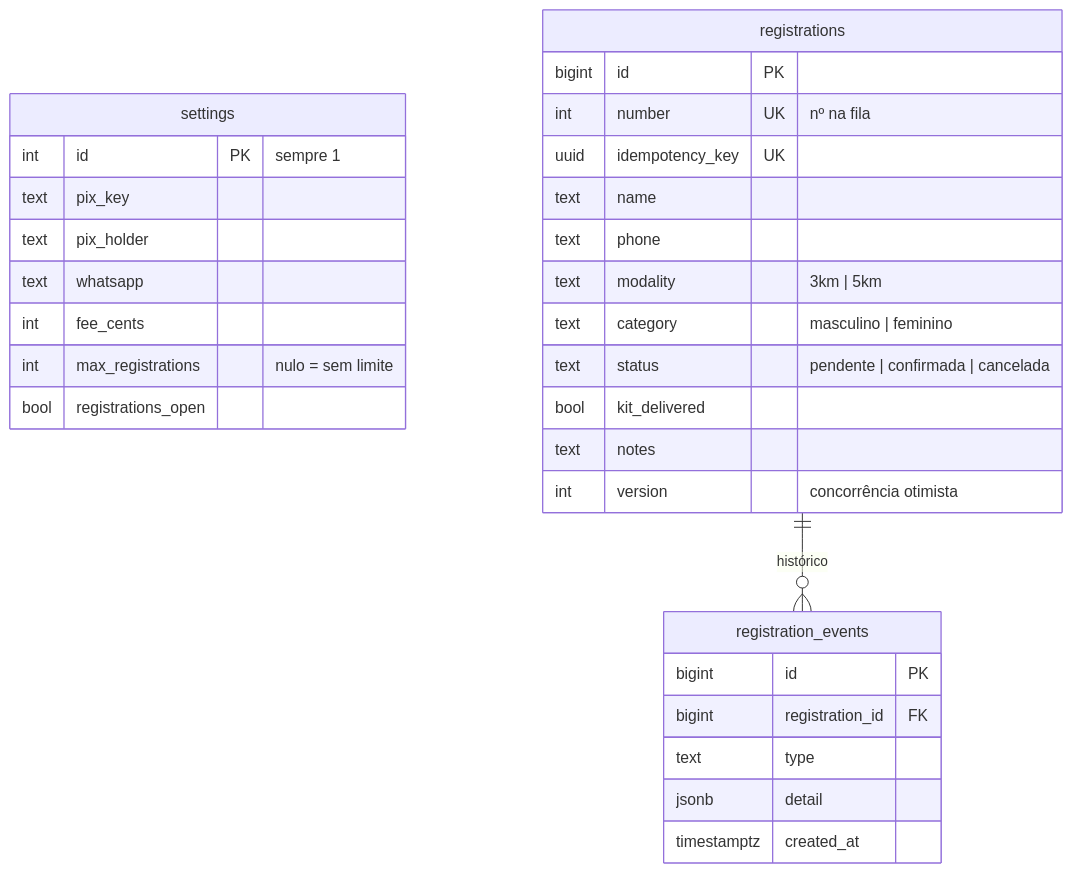
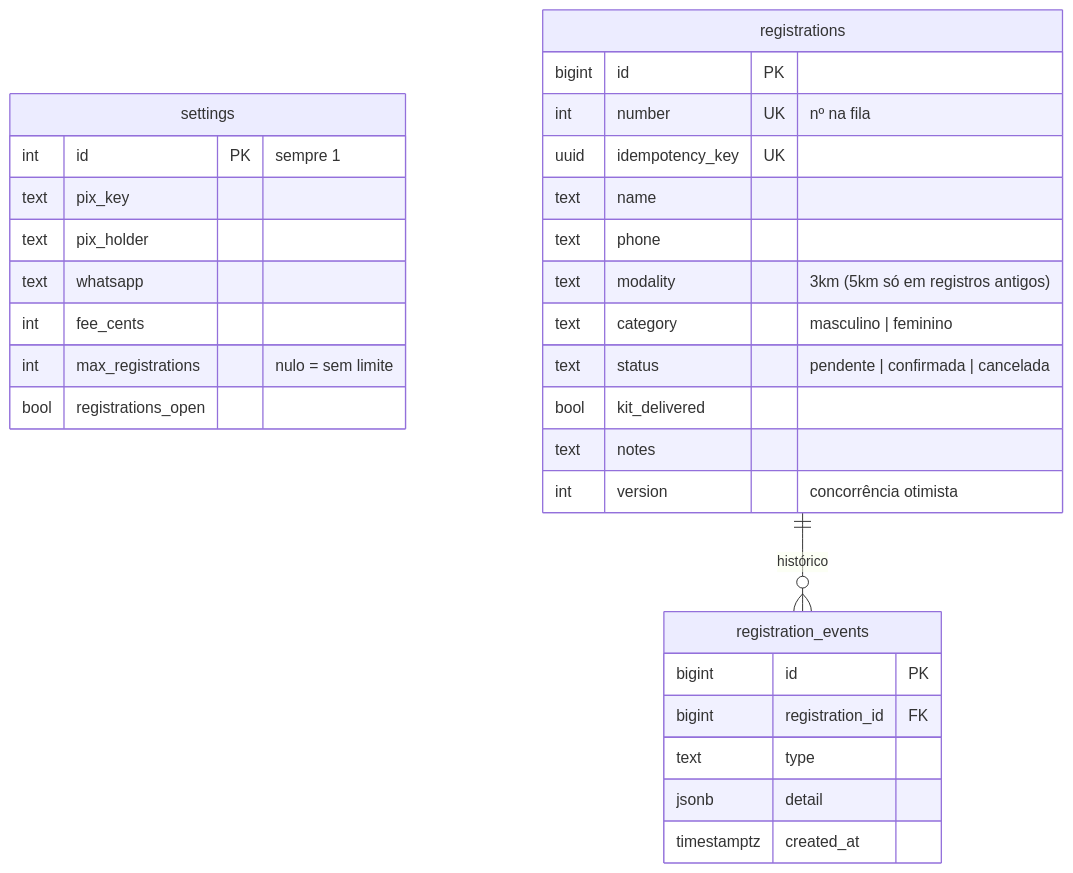
The second of 2 diagrams in README.md (AssFerj/corrida-com-bom-jesus), drawn with Mermaid before and after one commit. The commit also changed other lines of this file and 16 other files, not shown here.

````diff
--- a/README.md
+++ b/README.md
@@ -272,33 +272,33 @@
 ```mermaid
 erDiagram
   settings {
     int id PK "sempre 1"
     text pix_key
     text pix_holder
     text whatsapp
     int fee_cents
     int max_registrations "nulo = sem limite"
     bool registrations_open
   }
   registrations {
     bigint id PK
     int number UK "nº na fila"
     uuid idempotency_key UK
     text name
     text phone
-    text modality "3km | 5km"
+    text modality "3km (5km só em registros antigos)"
     text category "masculino | feminino"
     text status "pendente | confirmada | cancelada"
     bool kit_delivered
     text notes
     int version "concorrência otimista"
   }
   registration_events {
     bigint id PK
     bigint registration_id FK
     text type
     jsonb detail
     timestamptz created_at
   }
   registrations ||--o{ registration_events : "histórico"
 ```
````
